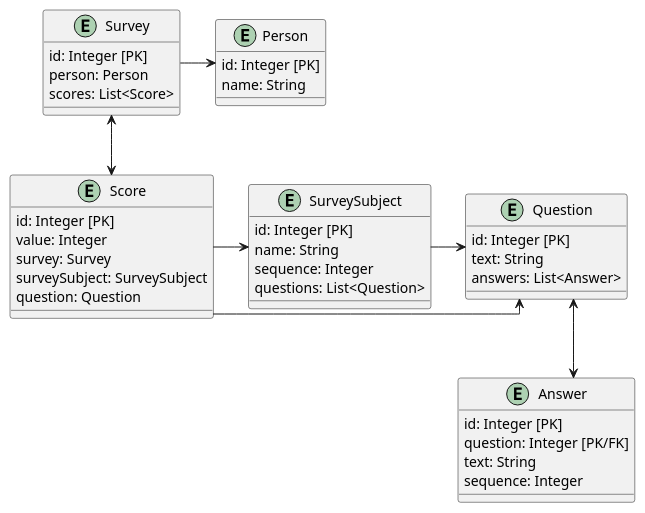
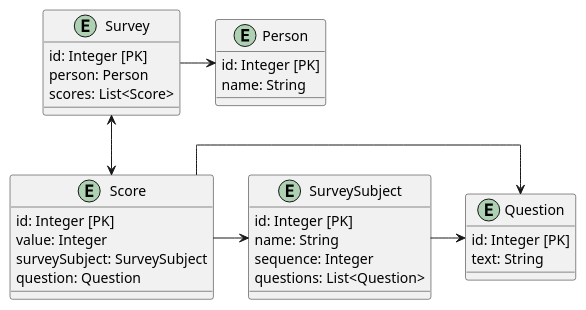
Before and after one commit to SvenVerboven/eurder-jpa: the diagram in etc/design/survey_entity_class_diagram.puml, drawn with PlantUML. The commit also changed 15 other files, not shown here.

```diff
--- a/etc/design/survey_entity_class_diagram.puml
+++ b/etc/design/survey_entity_class_diagram.puml
@@ -1,54 +1,54 @@
 @startuml
 skinparam linetype ortho
 
 entity Person {
     id: Integer [PK]
     name: String
 }
 
 entity Question {
     id: Integer [PK]
     text: String
-    answers: List<Answer>
+'    answers: List<Answer>
 }
 
 entity Survey {
     id: Integer [PK]
     person: Person
     scores: List<Score>
 }
 
 entity SurveySubject {
     id: Integer [PK]
     name: String
     sequence: Integer
     questions: List<Question>
 }
 
 entity Score {
     id: Integer [PK]
     value: Integer
-    survey: Survey
+'    survey: Survey
     surveySubject: SurveySubject
     question: Question
 }
 
-entity Answer {
-    id: Integer [PK]
-    question: Integer [PK/FK]
-    text: String
-    sequence: Integer
-}
+'entity Answer {
+'    id: Integer [PK]
+'    question: Integer [PK/FK]
+'    text: String
+'    sequence: Integer
+'}
 
 
 Survey -> Person
 Survey <--> Score
 
 SurveySubject -> Question
 
 Score -> SurveySubject
 Score -> Question
 
-Question <--> Answer
+'Question <--> Answer
 
 @enduml
```
